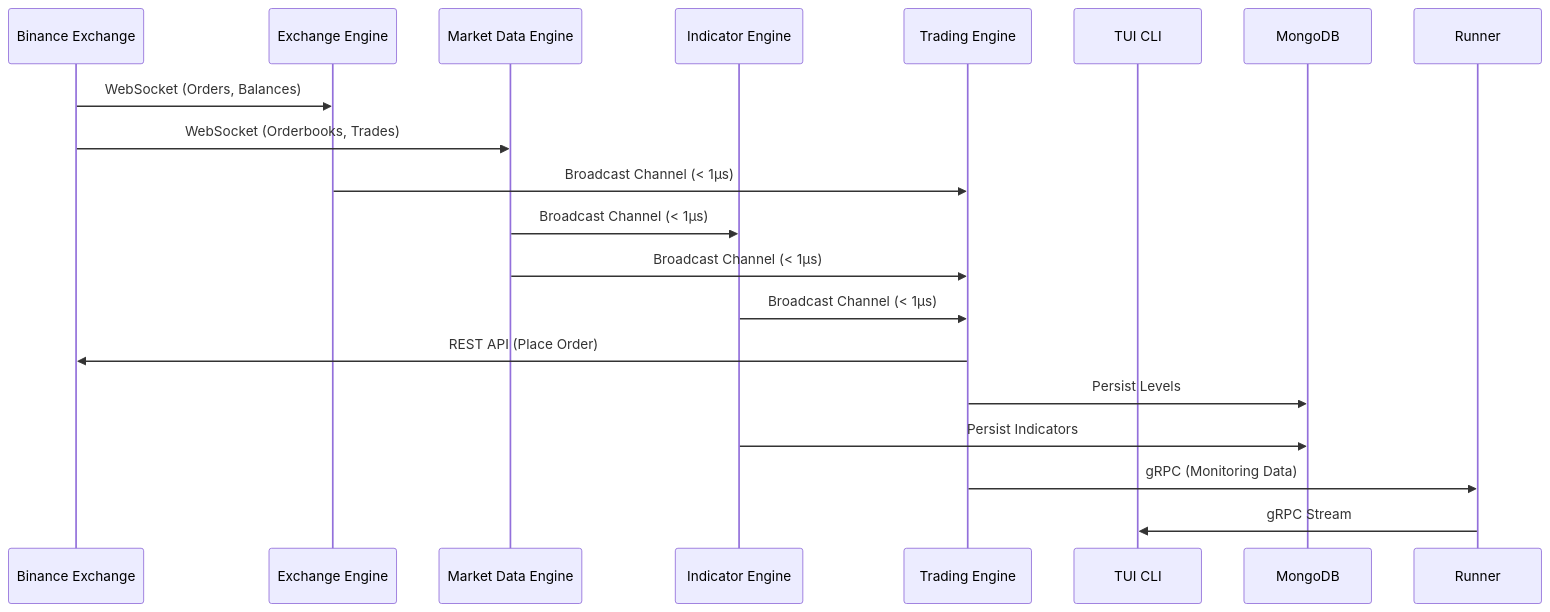
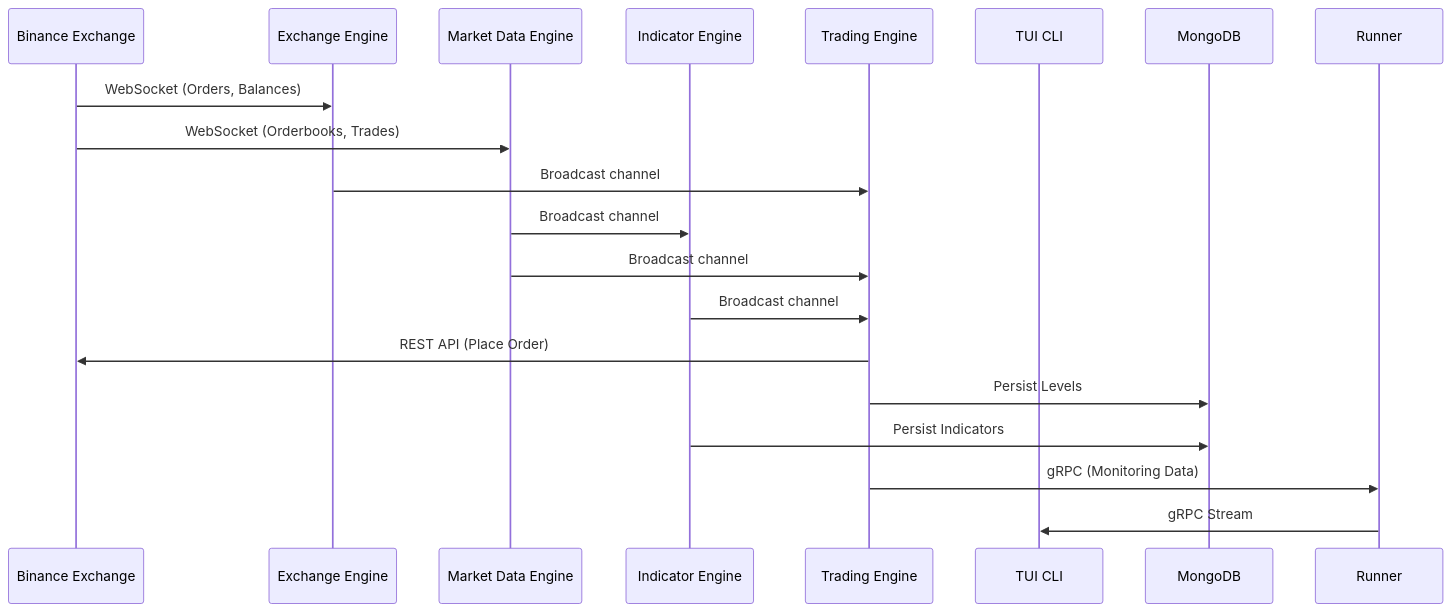
Before and after one commit to Kolzodev712/trading_system: the third of 3 diagrams in README.md, drawn with Mermaid. The commit also changed other lines of this file and 12 other files, not shown here.

````diff
--- a/README.md
+++ b/README.md
@@ -155,26 +198,26 @@
 ```mermaid
 sequenceDiagram
     participant Binance as Binance Exchange
     participant ExchangeEngine as Exchange Engine
     participant MarketDataEngine as Market Data Engine
     participant IndicatorEngine as Indicator Engine
     participant TradingEngine as Trading Engine
     participant TUI as TUI CLI
     participant MongoDB as MongoDB
     
     Binance->>ExchangeEngine: WebSocket (Orders, Balances)
     Binance->>MarketDataEngine: WebSocket (Orderbooks, Trades)
     
-    ExchangeEngine->>TradingEngine: Broadcast Channel (< 1μs)
-    MarketDataEngine->>IndicatorEngine: Broadcast Channel (< 1μs)
-    MarketDataEngine->>TradingEngine: Broadcast Channel (< 1μs)
-    IndicatorEngine->>TradingEngine: Broadcast Channel (< 1μs)
+    ExchangeEngine->>TradingEngine: Broadcast channel
+    MarketDataEngine->>IndicatorEngine: Broadcast channel
+    MarketDataEngine->>TradingEngine: Broadcast channel
+    IndicatorEngine->>TradingEngine: Broadcast channel
     
     TradingEngine->>Binance: REST API (Place Order)
     
     TradingEngine->>MongoDB: Persist Levels
     IndicatorEngine->>MongoDB: Persist Indicators
     
     TradingEngine->>Runner: gRPC (Monitoring Data)
     Runner->>TUI: gRPC Stream
 ```
````
